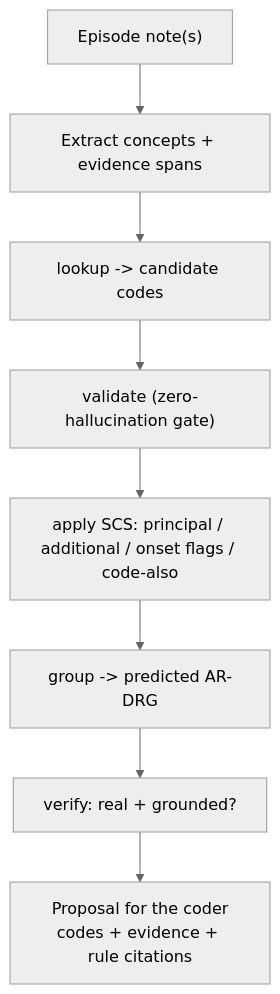
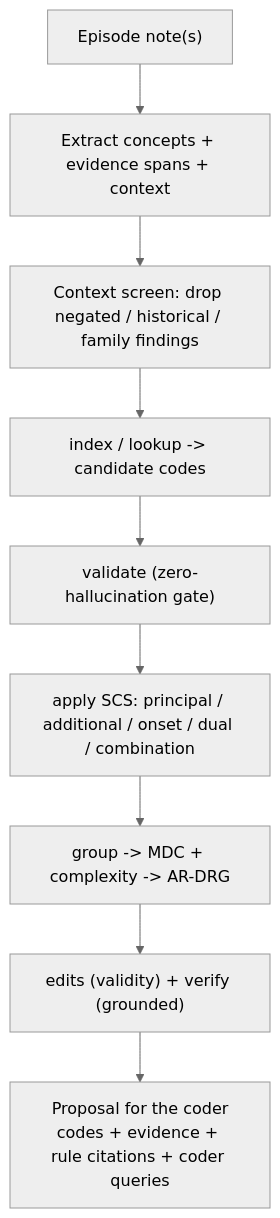
Before and after one commit to devdaviddr/ai-agents: the diagram in claude/skills/clin-coder/README.md, drawn with Mermaid (neutral theme). The commit also changed other lines of this file and 3 other files, not shown here.

````diff
--- a/claude/skills/clin-coder/README.md
+++ b/claude/skills/clin-coder/README.md
@@ -30,10 +33,11 @@
 ```mermaid
 flowchart TD
-    A["Episode note(s)"] --> B["Extract concepts + evidence spans"]
-    B --> C["lookup -> candidate codes"]
-    C --> D["validate (zero-hallucination gate)"]
-    D --> E["apply SCS: principal / additional / onset flags / code-also"]
-    E --> F["group -> predicted AR-DRG"]
-    F --> G["verify: real + grounded?"]
-    G --> H["Proposal for the coder<br/>codes + evidence + rule citations"]
+    A["Episode note(s)"] --> B["Extract concepts + evidence spans + context"]
+    B --> C["Context screen: drop negated / historical / family findings"]
+    C --> D["index / lookup -> candidate codes"]
+    D --> E["validate (zero-hallucination gate)"]
+    E --> F["apply SCS: principal / additional / onset / dual / combination"]
+    F --> G["group -> MDC + complexity -> AR-DRG"]
+    G --> H["edits (validity) + verify (grounded)"]
+    H --> I["Proposal for the coder<br/>codes + evidence + rule citations + coder queries"]
 ```
````
